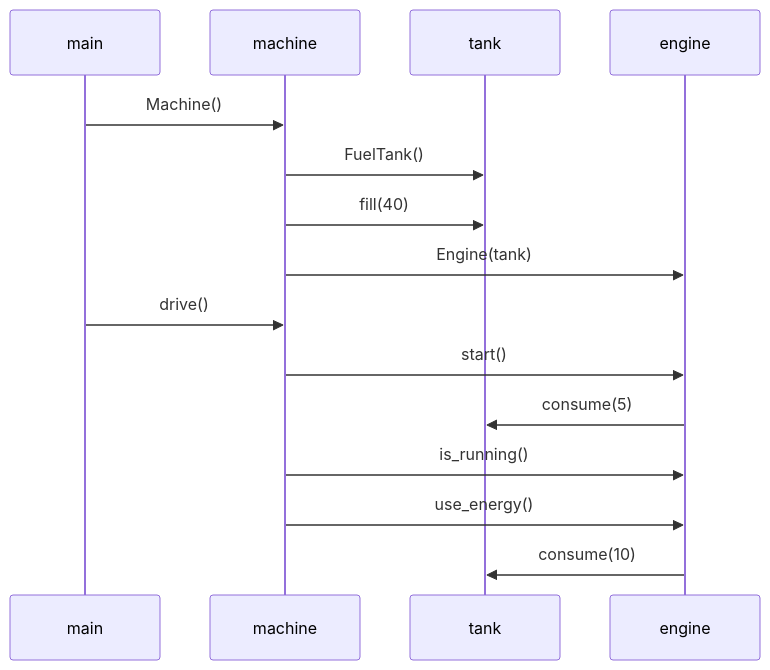
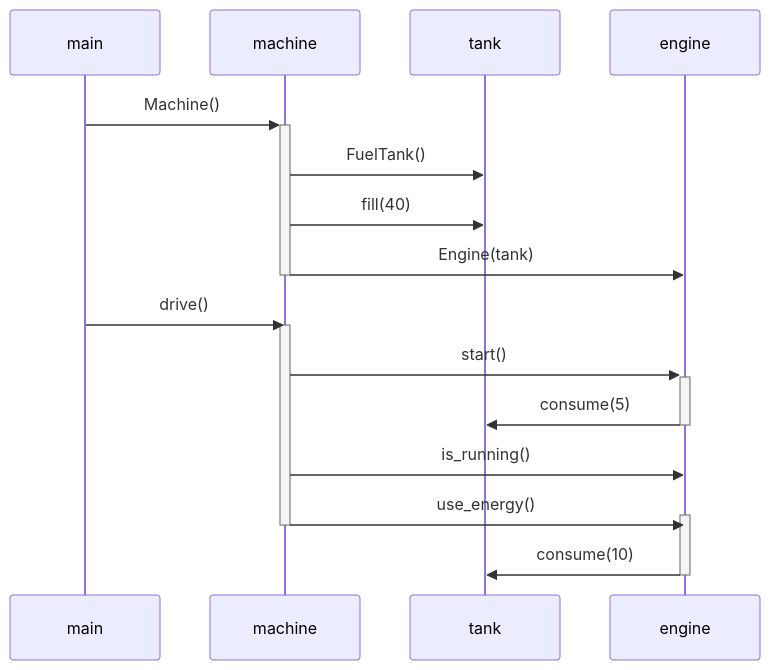
The diagram in laskarit/viikko3/sekvenssikaavio.md (leoalho/ajastinApp), drawn with Mermaid before and after one commit.

````diff
--- a/laskarit/viikko3/sekvenssikaavio.md
+++ b/laskarit/viikko3/sekvenssikaavio.md
@@ -1,13 +1,18 @@
 ```mermaid
 sequenceDiagram
-main ->> machine: Machine()
+main ->> + machine: Machine()
 machine ->> tank: FuelTank()
 machine ->> tank: fill(40)
-machine ->> engine: Engine(tank)
+machine ->> - engine: Engine(tank)
 main ->> machine: drive()
-machine ->> engine: start()
-engine ->> tank: consume(5)
+activate machine
+machine ->> + engine: start()
+engine ->> - tank: consume(5)
 machine ->> engine: is_running()
 machine ->> engine: use_energy()
+activate engine
+deactivate machine
 engine ->> tank: consume(10)
+deactivate engine
+
 ```
````
